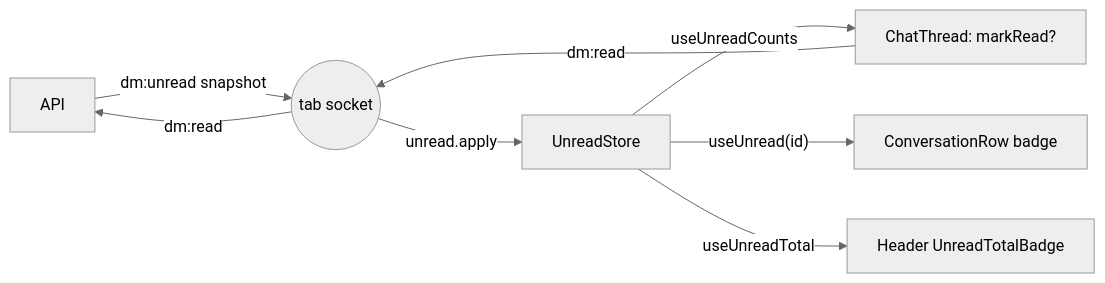
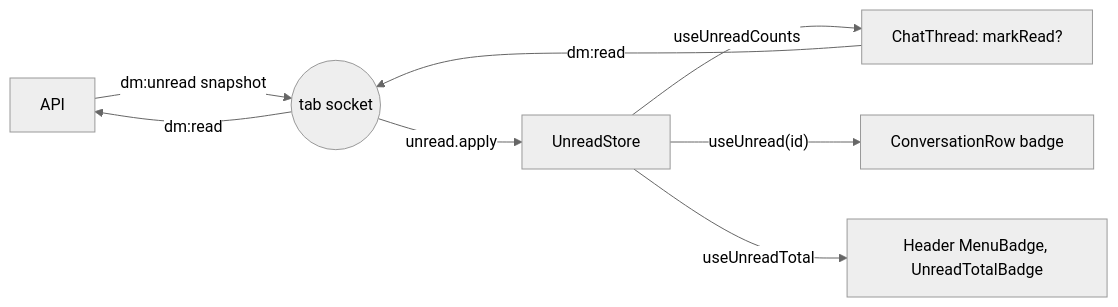
Before and after one commit to VictorBro/ft_transcendence: the fifth of 6 diagrams in docs/web/08-chat.md, drawn with Mermaid (neutral theme). The commit also changed other lines of this file and 223 other files, not shown here.

````diff
--- a/docs/web/08-chat.md
+++ b/docs/web/08-chat.md
@@ -760,10 +759,10 @@
 ```mermaid
 flowchart LR
   API["API"] -->|"dm:unread snapshot"| SO(("tab socket"))
   SO -->|"unread.apply"| ST["UnreadStore"]
   ST -->|"useUnreadCounts"| CT["ChatThread: markRead?"]
   ST -->|"useUnread(id)"| ROW["ConversationRow badge"]
-  ST -->|"useUnreadTotal"| HDR["Header UnreadTotalBadge"]
+  ST -->|"useUnreadTotal"| HDR["Header MenuBadge, UnreadTotalBadge"]
   CT -->|"dm:read"| SO
   SO -->|"dm:read"| API
 ```
````
